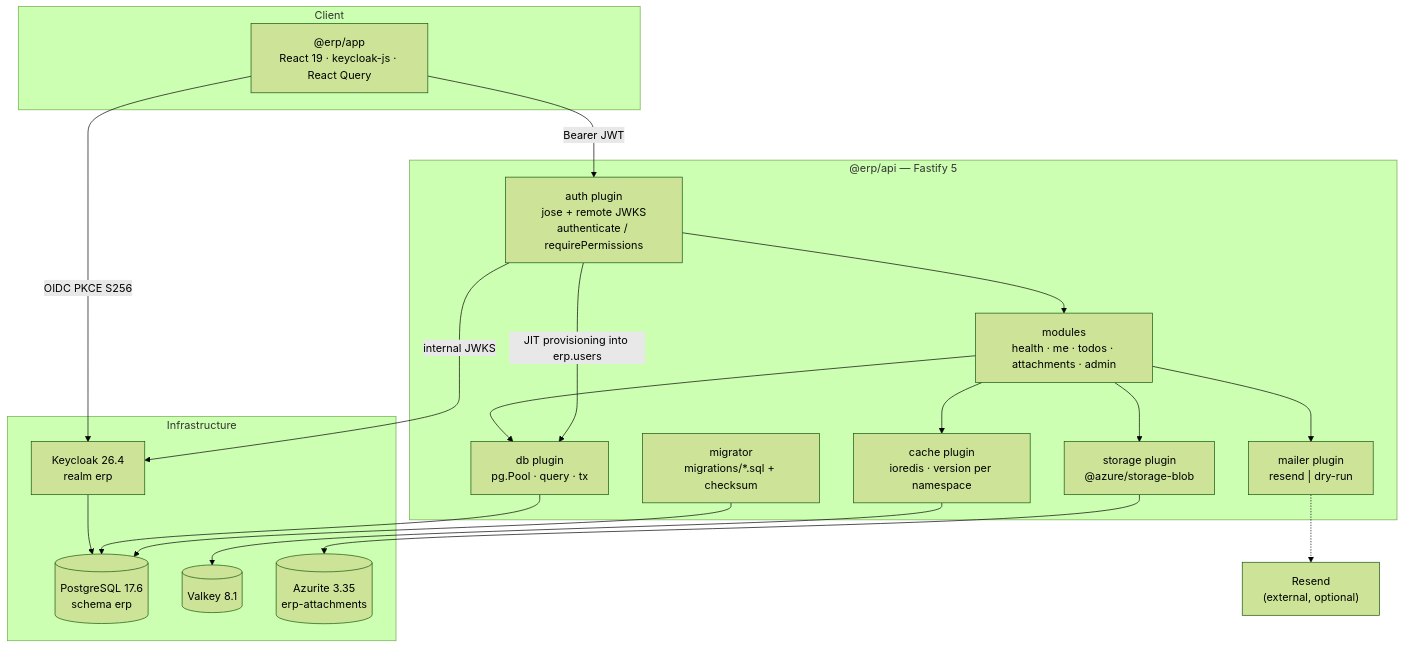
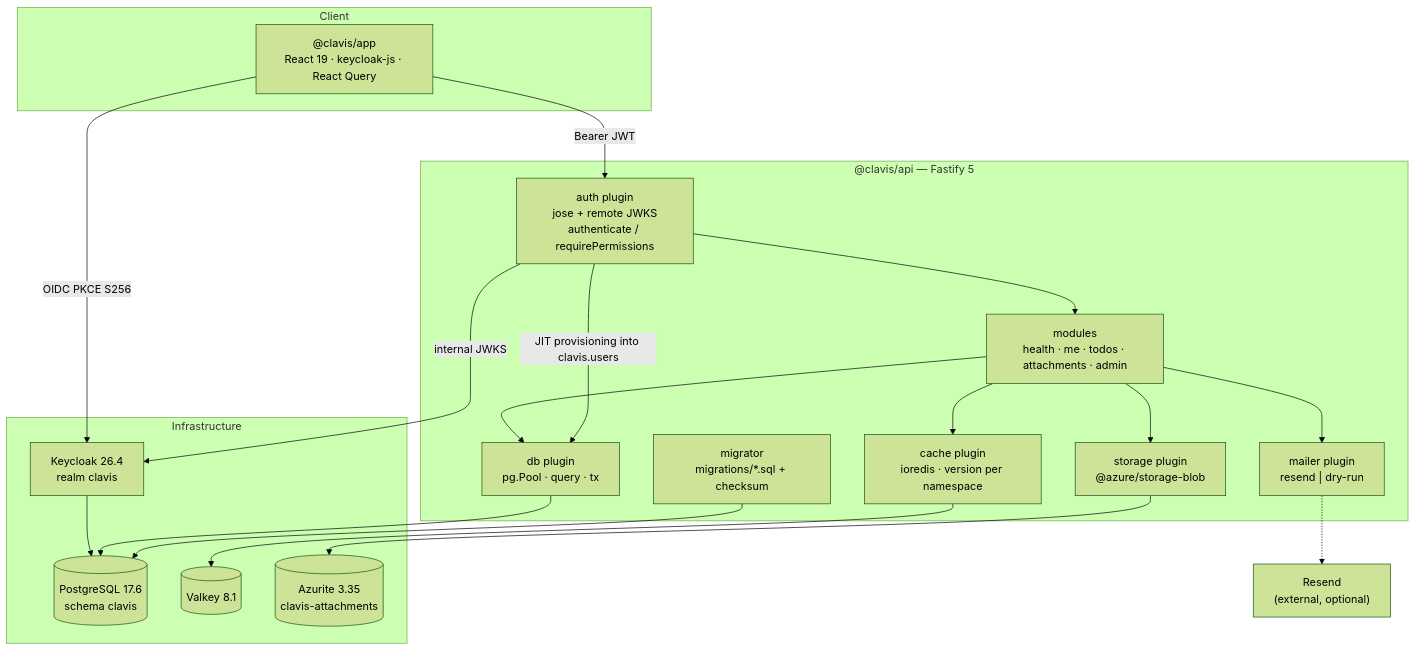
Before and after one commit to mapineda48/clavis: the first of 5 diagrams in docs/architecture.md, drawn with Mermaid (forest theme). The commit also changed other lines of this file and 130 other files, not shown here.

````diff
--- a/docs/architecture.md
+++ b/docs/architecture.md
@@ -116,41 +116,41 @@
 ```mermaid
 flowchart TB
     subgraph client["Client"]
-        SPA["@erp/app<br/>React 19 · keycloak-js · React Query"]
+        SPA["@clavis/app<br/>React 19 · keycloak-js · React Query"]
     end
 
-    subgraph api["@erp/api — Fastify 5"]
+    subgraph api["@clavis/api — Fastify 5"]
         AUTH["auth plugin<br/>jose + remote JWKS<br/>authenticate / requirePermissions"]
         MOD["modules<br/>health · me · todos · attachments · admin"]
         DB["db plugin<br/>pg.Pool · query · tx"]
         CACHE["cache plugin<br/>ioredis · version per namespace"]
         STO["storage plugin<br/>@azure/storage-blob"]
         MAIL["mailer plugin<br/>resend | dry-run"]
         MIG["migrator<br/>migrations/*.sql + checksum"]
     end
 
     subgraph infra["Infrastructure"]
-        KC["Keycloak 26.4<br/>realm erp"]
-        PG[("PostgreSQL 17.6<br/>schema erp")]
+        KC["Keycloak 26.4<br/>realm clavis"]
+        PG[("PostgreSQL 17.6<br/>schema clavis")]
         VK[("Valkey 8.1")]
-        AZ[("Azurite 3.35<br/>erp-attachments")]
+        AZ[("Azurite 3.35<br/>clavis-attachments")]
     end
 
     RS["Resend<br/>(external, optional)"]
 
     SPA -->|"OIDC PKCE S256"| KC
     SPA -->|"Bearer JWT"| AUTH
     AUTH --> MOD
     AUTH -->|"internal JWKS"| KC
-    AUTH -->|"JIT provisioning into erp.users"| DB
+    AUTH -->|"JIT provisioning into clavis.users"| DB
     MOD --> DB
     MOD --> CACHE
     MOD --> STO
     MOD --> MAIL
     MIG --> PG
     DB --> PG
     CACHE --> VK
     STO --> AZ
     MAIL -.-> RS
     KC --> PG
 ```
````
